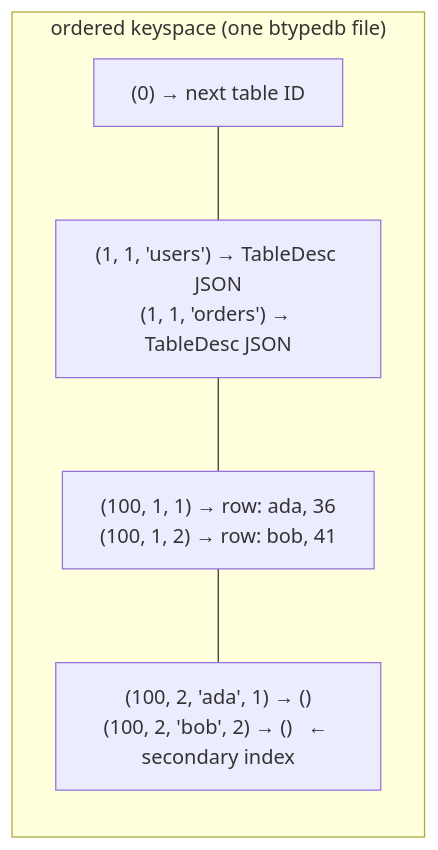
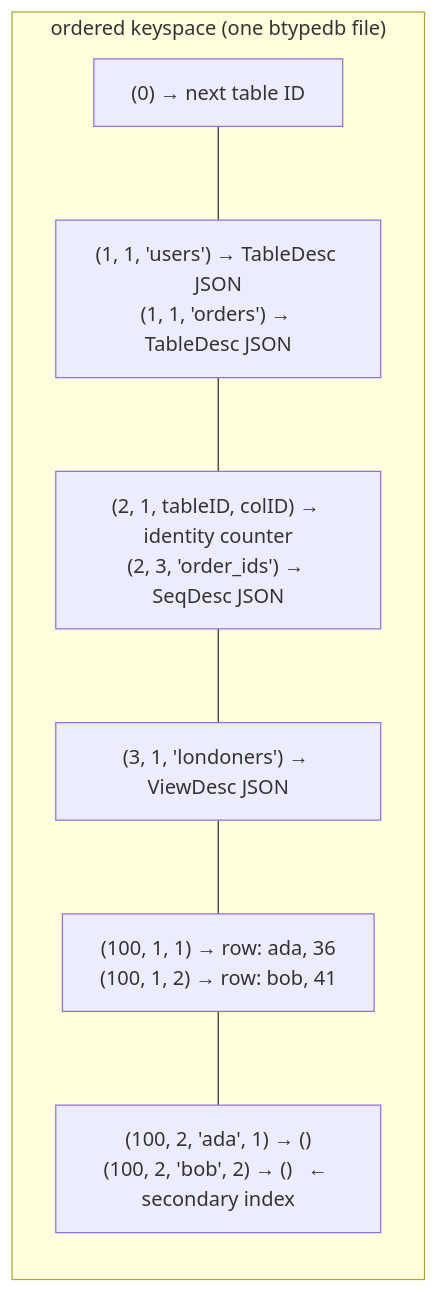
The second of 9 diagrams in docs/architecture.md (rohanthewiz/bytdb), drawn with Mermaid before and after one commit. The commit also changed other lines of this file and 8 other files, not shown here.

First line of the commit message:
Docs refresh: mkdocs pages current with v0.6.4, 22 validated mermaid diagrams

````diff
--- a/docs/architecture.md
+++ b/docs/architecture.md
@@ -57,11 +63,13 @@
 ```mermaid
 flowchart TD
     subgraph keyspace ["ordered keyspace (one btypedb file)"]
         direction TB
         seq["(0) → next table ID"]
         desc["(1, 1, 'users') → TableDesc JSON<br/>(1, 1, 'orders') → TableDesc JSON"]
+        seqs["(2, 1, tableID, colID) → identity counter<br/>(2, 3, 'order_ids') → SeqDesc JSON"]
+        views["(3, 1, 'londoners') → ViewDesc JSON"]
         rows["(100, 1, 1) → row: ada, 36<br/>(100, 1, 2) → row: bob, 41"]
         idx2["(100, 2, 'ada', 1) → ()<br/>(100, 2, 'bob', 2) → ()   ← secondary index"]
     end
-    seq --- desc --- rows --- idx2
+    seq --- desc --- seqs --- views --- rows --- idx2
 ```
````
